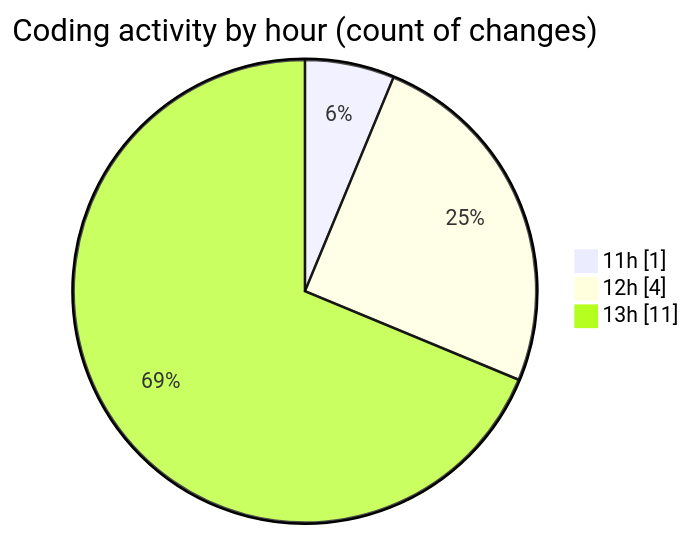
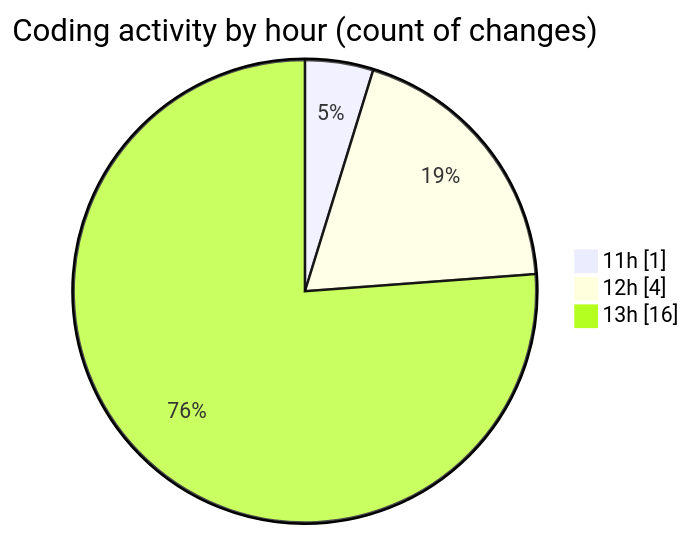
The second of 2 diagrams in 2025-09-28/nxtqube_webapp/README.md (nxtqubesakshisongat/code-tracking), drawn with Mermaid before and after one commit. The commit also changed other lines of this file and 1 other file, not shown here.

````diff
--- a/2025-09-28/nxtqube_webapp/README.md
+++ b/2025-09-28/nxtqube_webapp/README.md
@@ -28,7 +28,7 @@
 ```mermaid
 pie showData
 title Coding activity by hour (count of changes)
 "11h" : 1
 "12h" : 4
-"13h" : 11
+"13h" : 16
 ```
````
